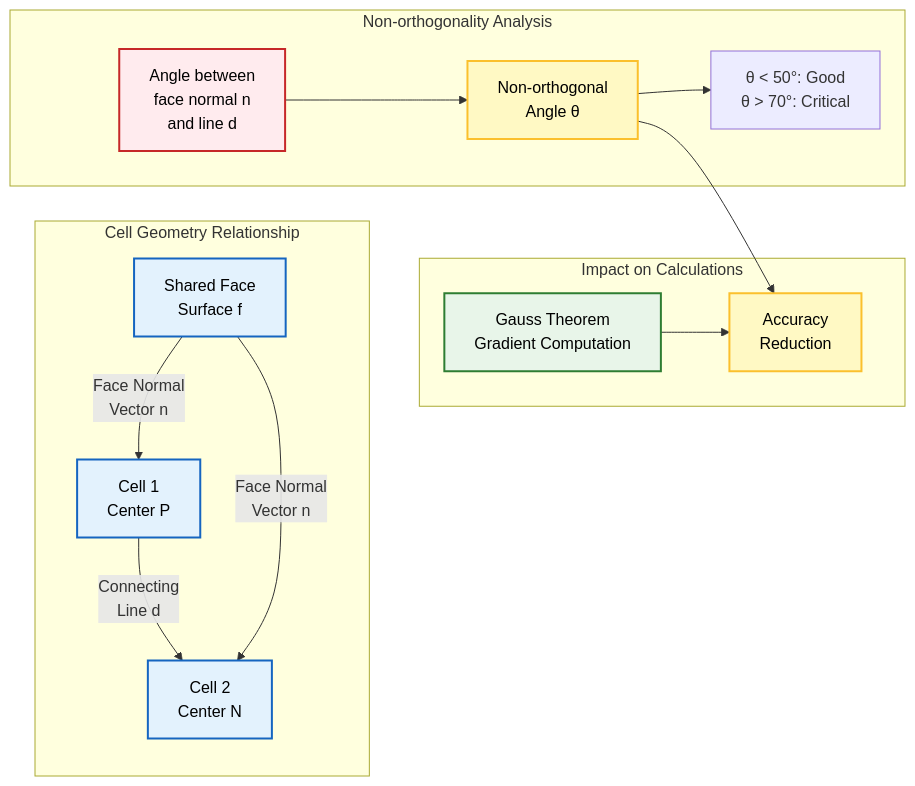
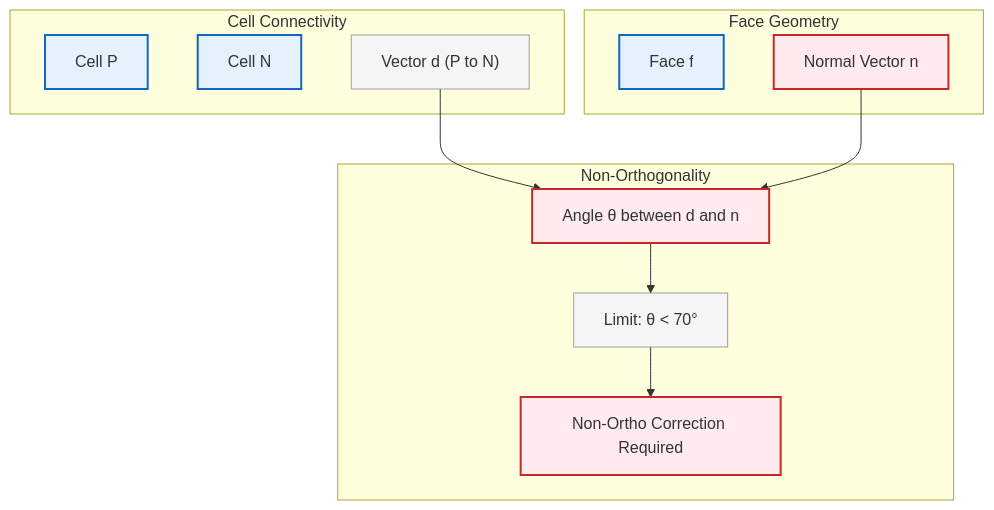
The second of 6 diagrams in MODULE_01_CFD_FUNDAMENTALS/CONTENT/02_FINITE_VOLUME_METHOD/07_Best_Practices.md (wramet/build-my-cfd), drawn with Mermaid before and after one commit. The commit also changed other lines of this file and 313 other files, not shown here.

Commit message:
Revise all diagram

````diff
--- a/MODULE_01_CFD_FUNDAMENTALS/CONTENT/02_FINITE_VOLUME_METHOD/07_Best_Practices.md
+++ b/MODULE_01_CFD_FUNDAMENTALS/CONTENT/02_FINITE_VOLUME_METHOD/07_Best_Practices.md
@@ -119,29 +97,30 @@
 ```mermaid
-graph LR
-    subgraph "Cell Geometry Relationship"
-        C1["Cell 1<br/>Center P"] -->|"Connecting<br/>Line d"| C2["Cell 2<br/>Center N"]
-        F["Shared Face<br/>Surface f"] -->|"Face Normal<br/>Vector n"| C1
-        F -->|"Face Normal<br/>Vector n"| C2
-    end
+graph TD
+%% Geometric Relation
+subgraph Connection ["Cell Connectivity"]
+P["Cell P"]:::implicit
+N["Cell N"]:::implicit
+d["Vector d (P to N)"]:::context
+end
 
-    subgraph "Non-orthogonality Analysis"
-        A["Angle between<br/>face normal n<br/>and line d"] --> B["Non-orthogonal<br/>Angle θ"]
-        B --> C["θ < 50°: Good<br/>θ > 70°: Critical"]
-    end
+subgraph FaceGeometry ["Face Geometry"]
+f["Face f"]:::implicit
+n["Normal Vector n"]:::explicit
+end
 
-    subgraph "Impact on Calculations"
-        D["Gauss Theorem<br/>Gradient Computation"] --> E["Accuracy<br/>Reduction"]
-        B --> E
-    end
+subgraph Analysis ["Non-Orthogonality"]
+Angle["Angle θ between d and n"]:::explicit
+Limit["Limit: θ < 70°"]:::context
+Correction["Non-Ortho Correction Required"]:::explicit
+end
 
-    %% Styling Definitions
-    classDef process fill:#e3f2fd,stroke:#1565c0,stroke-width:2px,color:#000;
-    classDef decision fill:#fff9c4,stroke:#fbc02d,stroke-width:2px,color:#000;
-    classDef terminator fill:#ffebee,stroke:#c62828,stroke-width:2px,color:#000;
-    classDef storage fill:#e8f5e9,stroke:#2e7d32,stroke-width:2px,color:#000;
+d --> Angle
+n --> Angle
+Angle --> Limit
+Limit --> Correction
 
-    class C1,C2,F process
-    class B,E decision
-    class A terminator
-    class D storage
+%% Classes
+classDef implicit fill:#e3f2fd,stroke:#1565c0,stroke-width:2px;
+classDef explicit fill:#ffebee,stroke:#c62828,stroke-width:2px;
+classDef context fill:#f5f5f5,stroke:#9e9e9e,stroke-width:1px;
 ```
````
